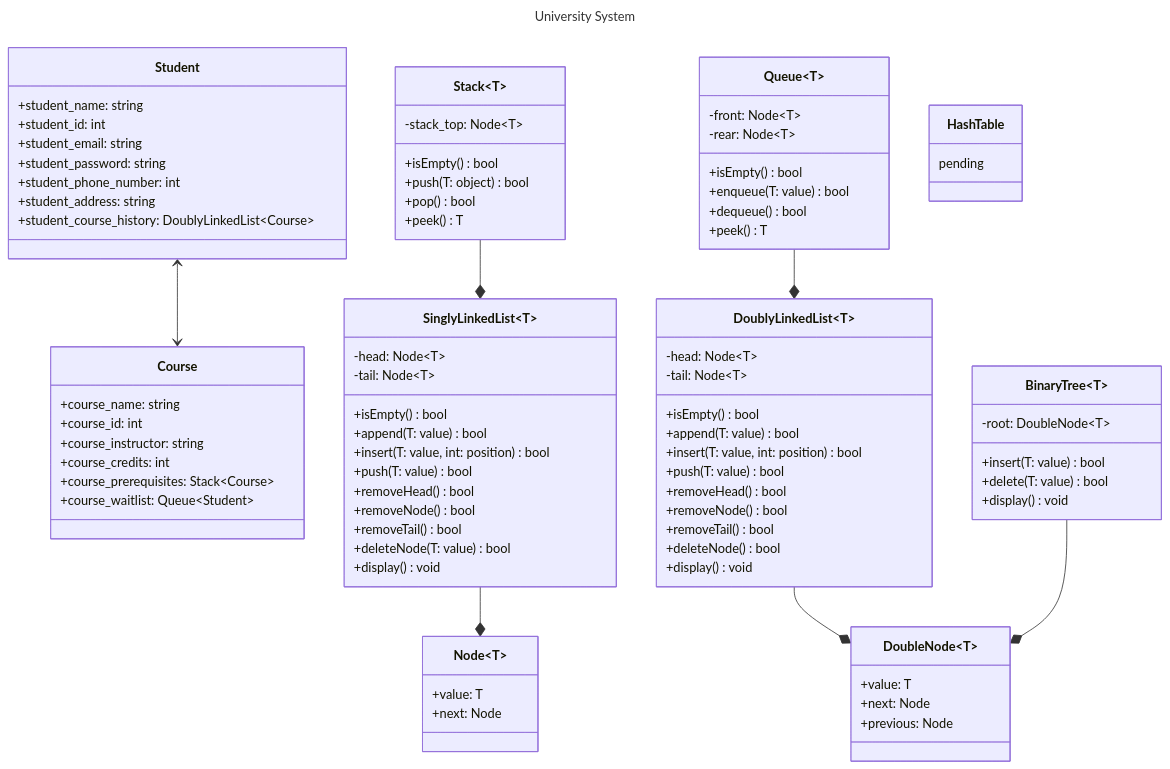
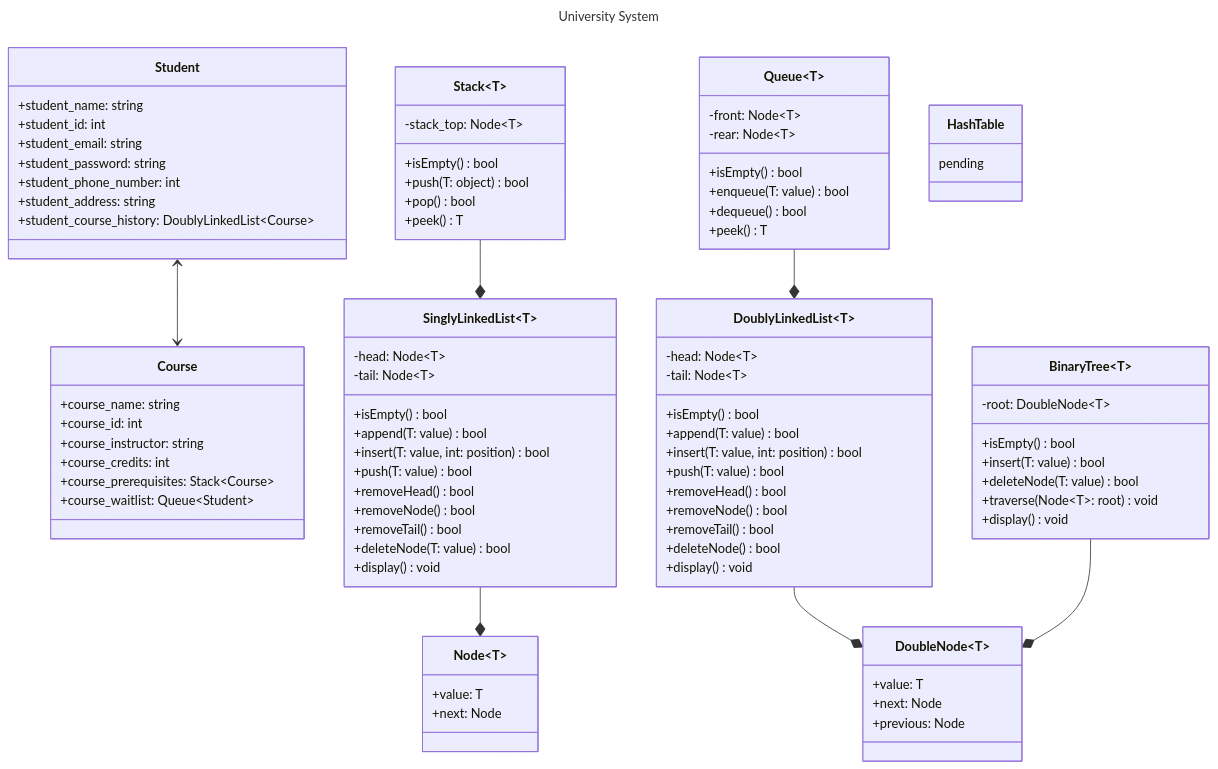
One commit to Darth-218/university-system changed the diagram in 00-project.md. Above: the diagram before and after it, drawn with Mermaid. The commit also changed other lines of this file and 4 other files, not shown here.

```diff
--- a/00-project.md
+++ b/00-project.md
@@ -98,8 +98,10 @@
 }
 class BinaryTree~T~ {
 	-root: DoubleNode~T~
+	+isEmpty() bool
 	+insert(T: value) bool
-	+delete(T: value) bool
+	+deleteNode(T: value) bool
+	+traverse(Node~T~: root) void
 	+display() void
 }
 class HashTable {
```
